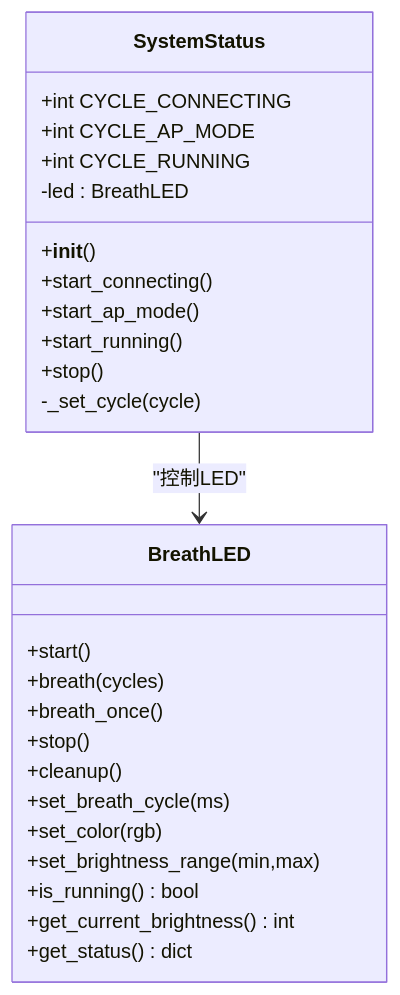
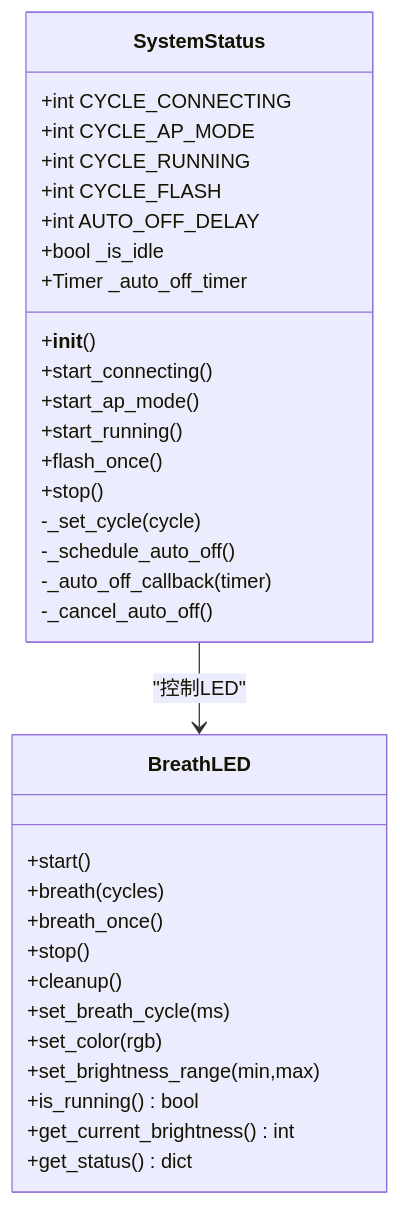
The third of 6 diagrams in .qoder/repowiki/zh/content/核心模块/系统状态指示.md (qq20739111/weilushishe-lishitai), drawn with Mermaid before and after one commit. The commit also changed other lines of this file and 23 other files, not shown here.

````diff
--- a/.qoder/repowiki/zh/content/核心模块/系统状态指示.md
+++ b/.qoder/repowiki/zh/content/核心模块/系统状态指示.md
@@ -107,29 +119,36 @@
 ```mermaid
 classDiagram
 class SystemStatus {
 +int CYCLE_CONNECTING
 +int CYCLE_AP_MODE
 +int CYCLE_RUNNING
++int CYCLE_FLASH
++int AUTO_OFF_DELAY
++bool _is_idle
++Timer _auto_off_timer
 +__init__()
 +start_connecting()
 +start_ap_mode()
 +start_running()
++flash_once()
 +stop()
 -_set_cycle(cycle)
--led : BreathLED
+-_schedule_auto_off()
+-_auto_off_callback(timer)
+-_cancel_auto_off()
 }
 class BreathLED {
 +start()
 +breath(cycles)
 +breath_once()
 +stop()
 +cleanup()
 +set_breath_cycle(ms)
 +set_color(rgb)
 +set_brightness_range(min,max)
 +is_running() bool
 +get_current_brightness() int
 +get_status() dict
 }
 SystemStatus --> BreathLED : "控制LED"
 ```
````
